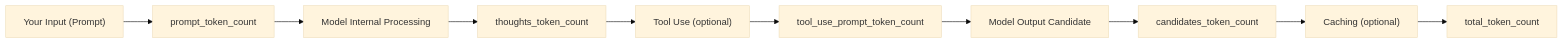
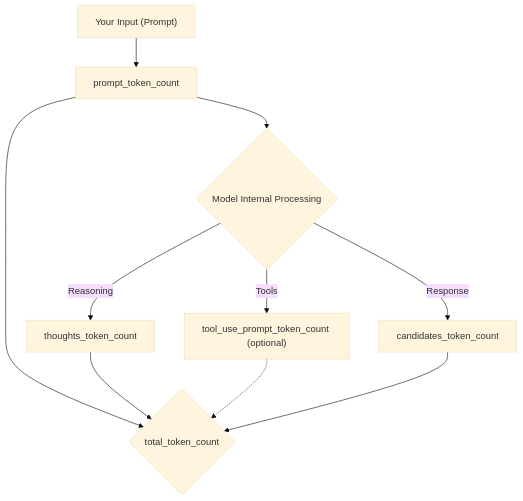
One commit to janbodnar/Python-AI-Skolenie changed the diagram in genai.md. Above: the diagram before and after it, drawn with Mermaid (base theme).

````diff
--- a/genai.md
+++ b/genai.md
@@ -145,12 +145,19 @@
 ```mermaid
-flowchart LR
-    A["Your Input (Prompt)"] --> B["prompt_token_count"]
-    B --> C["Model Internal Processing"]
-    C --> D["thoughts_token_count"]
-    D --> E["Tool Use (optional)"]
-    E --> F["tool_use_prompt_token_count"]
-    F --> G["Model Output Candidate"]
-    G --> H["candidates_token_count"]
-    H --> I["Caching (optional)"]
-    I --> J["total_token_count"]
+flowchart TD
+    %% Input Stage
+    Input["Your Input (Prompt)"] --> PromptCount["prompt_token_count"]
+    
+    %% Core Model Processing
+    PromptCount --> Processing{"Model Internal Processing"}
+    
+    %% Parallel Token Streams (This keeps the chart compact and balanced)
+    Processing -->|Reasoning| Thoughts["thoughts_token_count"]
+    Processing -->|Tools| Tools["tool_use_prompt_token_count (optional)"]
+    Processing -->|Response| Candidates["candidates_token_count"]
+    
+    %% Aggregation Stage
+    PromptCount ----> Total{"total_token_count"}
+    Thoughts --> Total
+    Tools -.-> Total
+    Candidates --> Total
 ```
````
